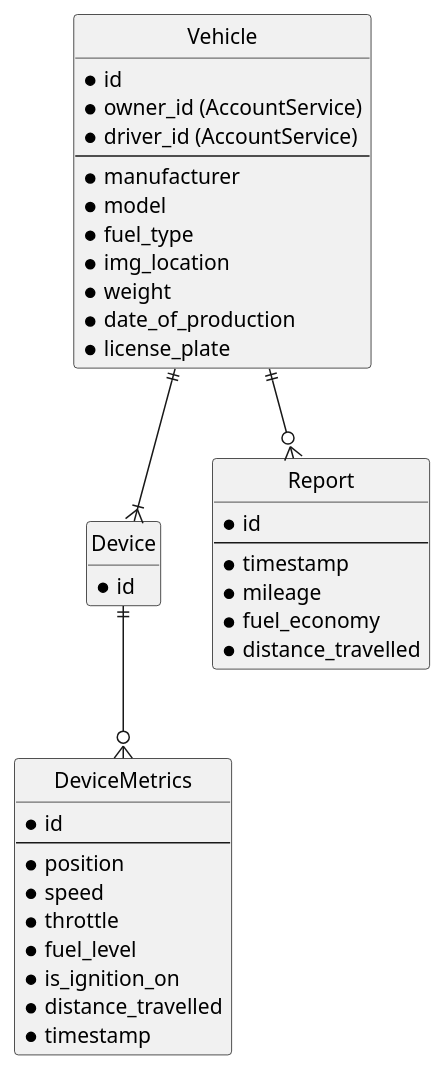
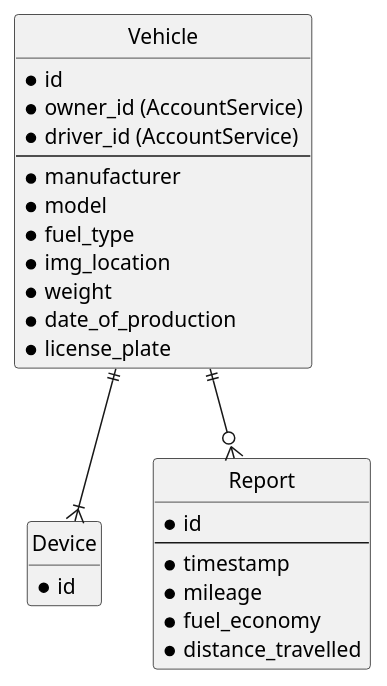
Before and after one commit to RisingStack/training-microservices-v2: the diagram in 4_cqrs/Vehicle.puml, drawn with PlantUML. The commit also changed 5 other files, not shown here.

```diff
--- a/4_cqrs/Vehicle.puml
+++ b/4_cqrs/Vehicle.puml
@@ -1,51 +1,37 @@
 @startuml
 
 hide circle
 hide empty members
 
 entity Vehicle {
 *id
 *owner_id (AccountService)
 *driver_id (AccountService)
 ---
 *manufacturer
 *model
 *fuel_type
 *img_location
 *weight
 *date_of_production
 *license_plate
 }
 
 entity Device {
 *id
 }
 
-entity DeviceMetrics {
-*id
----
-*position
-*speed
-*throttle
-*fuel_level
-*is_ignition_on
-*distance_travelled
-*timestamp
-}
-
 entity Report {
 *id
 ---
 *timestamp
 *mileage
 *fuel_economy
 *distance_travelled
 }
 
 Vehicle ||--|{ Device
 
 Vehicle ||--o{ Report
 
-Device ||--o{ DeviceMetrics
-
 @enduml
```
